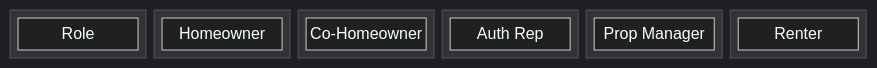
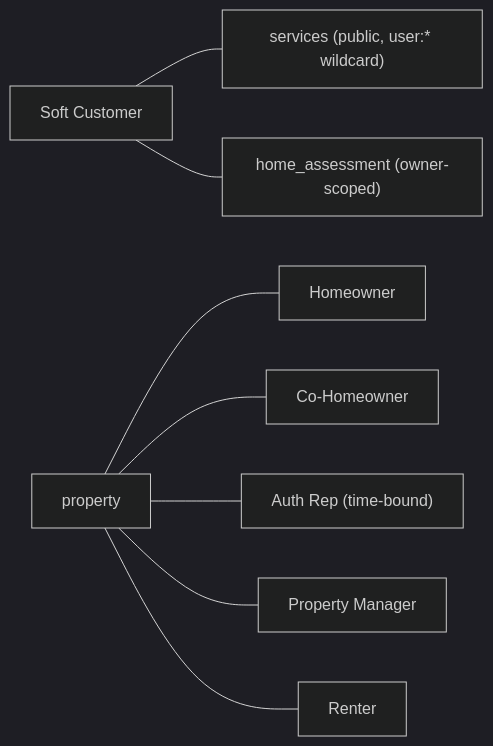
Before and after one commit to violetarcher/east-coast-house: the second of 5 diagrams in diagrams.md, drawn with Mermaid (dark theme). The commit also changed other lines of this file and 8 other files, not shown here.

Commit message:
update UI and diagrams

````diff
--- a/diagrams.md
+++ b/diagrams.md
@@ -73,23 +72,12 @@
 ```mermaid
-block-beta
-  columns 6
+flowchart LR
+    SC["Soft Customer"] --- SVC["services (public, user:* wildcard)"]
+    SC --- HA["home_assessment (owner-scoped)"]
 
-  block:roles:1
-    R["Role"]
-  end
-  block:h1:1
-    H["Homeowner"]
-  end
-  block:h2:1
-    CH["Co-Homeowner"]
-  end
-  block:h3:1
-    AR["Auth Rep"]
-  end
-  block:h4:1
-    PM["Prop Manager"]
-  end
-  block:h5:1
-    RN["Renter"]
-  end
+    PROP["property"]
+    PROP --- HO["Homeowner"]
+    PROP --- CO["Co-Homeowner"]
+    PROP --- AR["Auth Rep (time-bound)"]
+    PROP --- PM["Property Manager"]
+    PROP --- RN["Renter"]
 ```
````
